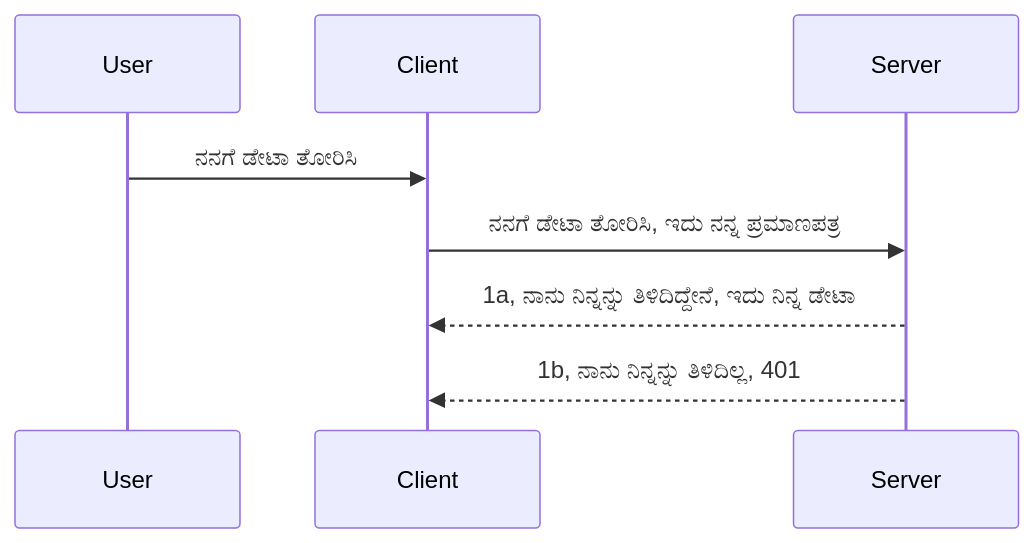
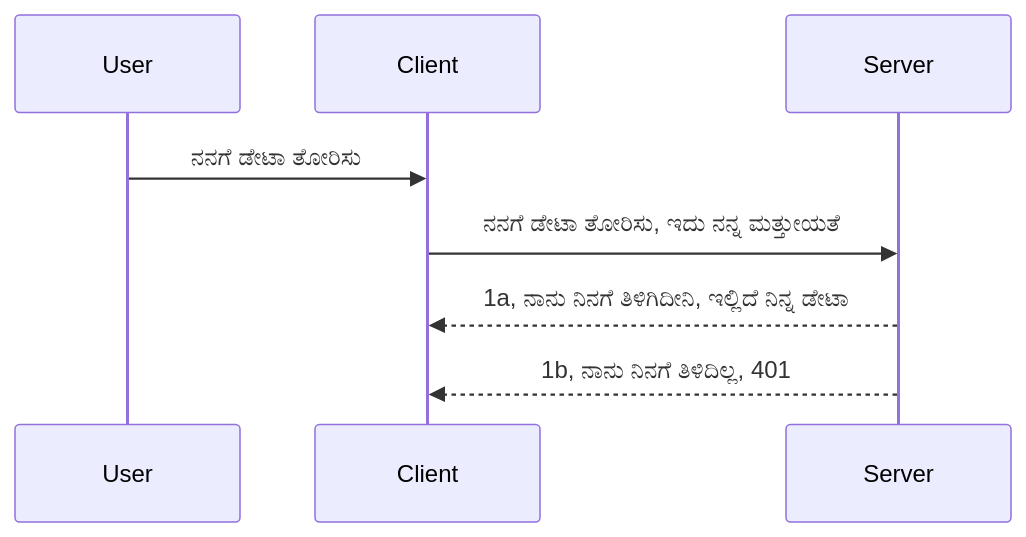
The diagram in translations/kn/03-GettingStarted/11-simple-auth/README.md (Mu-L/mcp-for-beginners), drawn with Mermaid before and after one commit. The commit also changed other lines of this file and 110 other files, not shown here.

````diff
--- a/translations/kn/03-GettingStarted/11-simple-auth/README.md
+++ b/translations/kn/03-GettingStarted/11-simple-auth/README.md
@@ -24,11 +24,11 @@
 ```mermaid
 sequenceDiagram
    participant User
    participant Client
    participant Server
 
-   User->>Client: ನನಗೆ ಡೇಟಾ ತೋರಿಸಿ
-   Client->>Server: ನನಗೆ ಡೇಟಾ ತೋರಿಸಿ, ಇದು ನನ್ನ ಪ್ರಮಾಣಪತ್ರ
-   Server-->>Client: 1a, ನಾನು ನಿನ್ನನ್ನು ತಿಳಿದಿದ್ದೇನೆ, ಇದು ನಿನ್ನ ಡೇಟಾ
-   Server-->>Client: 1b, ನಾನು ನಿನ್ನನ್ನು ತಿಳಿದಿಲ್ಲ, 401 
-```
+   User->>Client: ನನಗೆ ಡೇಟಾ ತೋರಿಸು
+   Client->>Server: ನನಗೆ ಡೇಟಾ ತೋರಿಸು, ಇದು ನನ್ನ ಮತ್ತುೕಯತೆ
+   Server-->>Client: 1a, ನಾನು ನಿನಗೆ ತಿಳಿಗಿದೀನಿ, ಇಲ್ಲಿದೆ ನಿನ್ನ ಡೇಟಾ
+   Server-->>Client: 1b, ನಾನು ನಿನಗೆ ತಿಳಿದಿಲ್ಲ, 401 
+```  
````
